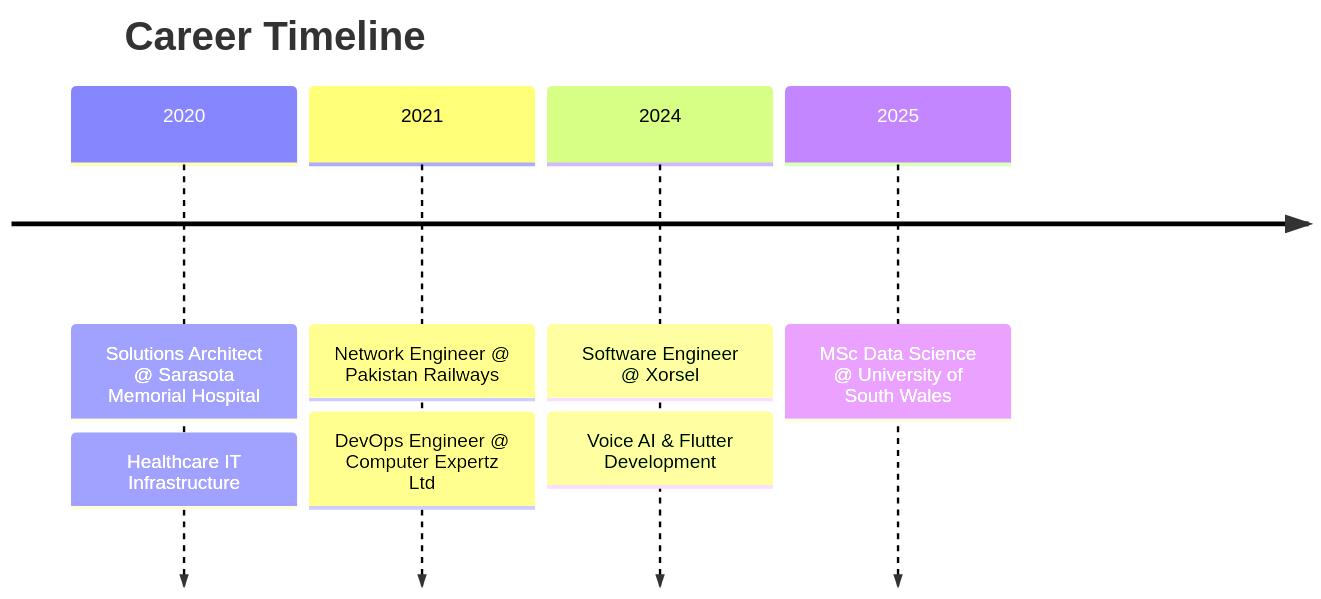
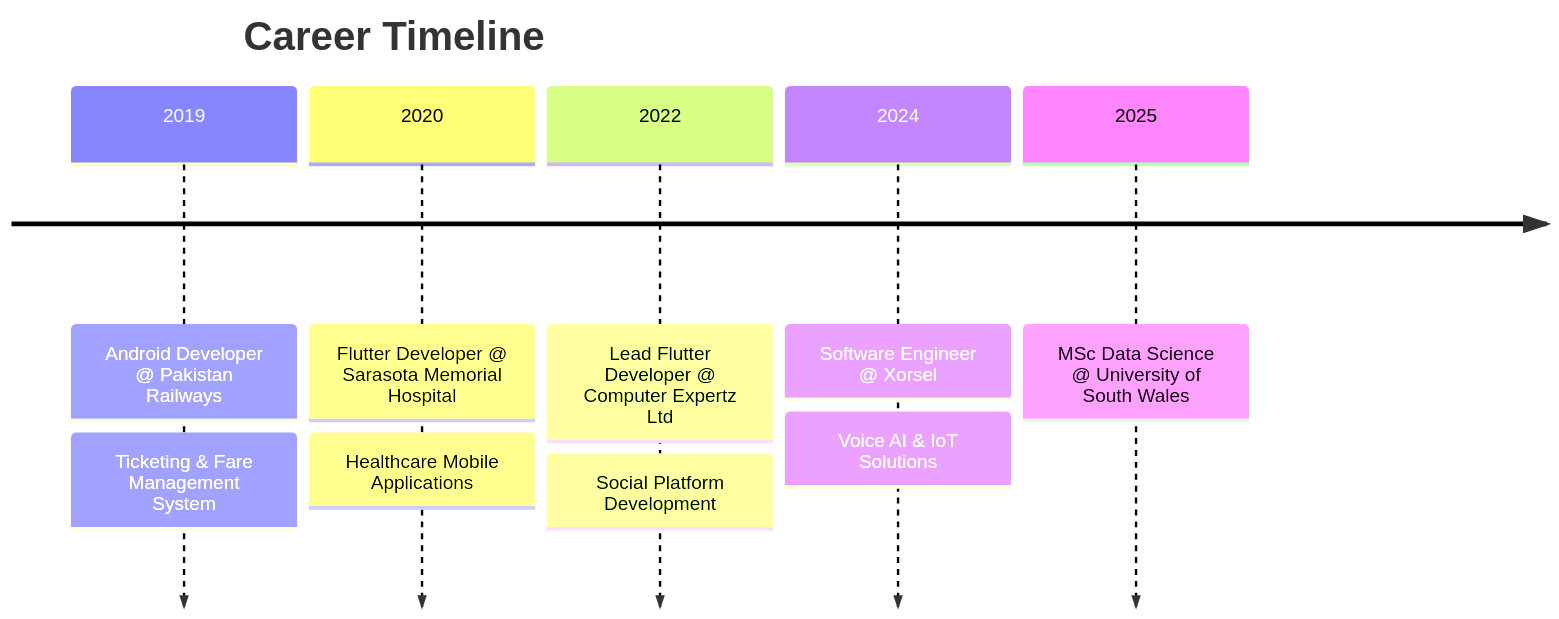
Before and after one commit to irfanbashir360/irfanbashir360: the diagram in README.md, drawn with Mermaid. The commit also changed other lines of this file, not shown here.

````diff
--- a/README.md
+++ b/README.md
@@ -98,11 +119,13 @@
 ```mermaid
 timeline
     title Career Timeline
-    2020 : Solutions Architect @ Sarasota Memorial Hospital
-         : Healthcare IT Infrastructure
-    2021 : Network Engineer @ Pakistan Railways
-         : DevOps Engineer @ Computer Expertz Ltd
+    2019 : Android Developer @ Pakistan Railways
+         : Ticketing & Fare Management System
+    2020 : Flutter Developer @ Sarasota Memorial Hospital
+         : Healthcare Mobile Applications
+    2022 : Lead Flutter Developer @ Computer Expertz Ltd
+         : Social Platform Development
     2024 : Software Engineer @ Xorsel
-         : Voice AI & Flutter Development
+         : Voice AI & IoT Solutions
     2025 : MSc Data Science @ University of South Wales
 ```
````
